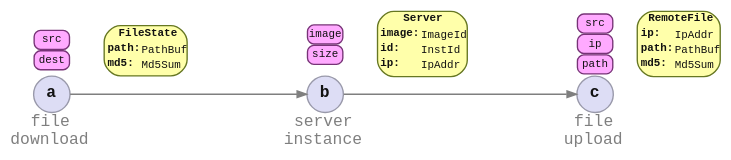
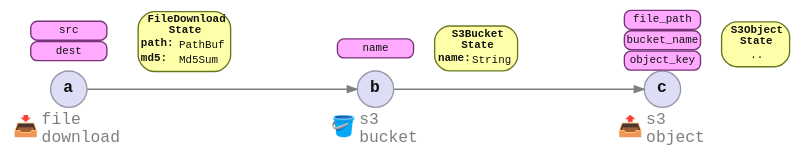
The diagram in doc/src/learning_material/empathetic_code_design/inputs_and_outputs.md (azriel91/peace), drawn with Graphviz before and after one commit. The commit also changed 18 other files, not shown here.

```diff
--- a/doc/src/learning_material/empathetic_code_design/inputs_and_outputs.md
+++ b/doc/src/learning_material/empathetic_code_design/inputs_and_outputs.md
@@ -34,14 +34,17 @@
 
     subgraph cluster_a {
         a [label = <<b>a</b>>]
-        a_text [shape="plain" style="" fontcolor="#7f7f7f" label = <file<br/>download>]
+        a_text [shape="plain" style="" fontcolor="#7f7f7f" label = <<table border="0" cellborder="0" cellpadding="0"><tr>
+            <td><font point-size="15">📥</font></td>
+            <td balign="left">file<br/>download</td>
+        </tr></table>>]
 
         subgraph cluster_a_params {
             a_params_src [
                 label     = "src"
                 margin    = 0.0
                 fontsize  = 8
-                width     = 0.36
+                width     = 0.78
                 height    = 0.19
                 shape     = "rectangle"
                 style     = "filled,rounded"
@@ -53,7 +56,7 @@
                 label     = "dest"
                 margin    = 0.0
                 fontsize  = 8
-                width     = 0.36
+                width     = 0.78
                 height    = 0.19
                 shape     = "rectangle"
                 style     = "filled,rounded"
@@ -75,7 +78,7 @@
                         cellspacing="0"
                         bgcolor="#ffffaa"
                     >
-                    <tr><td colspan="2"><b>FileState</b></td></tr>
+                    <tr><td colspan="2"><b>&nbsp;FileDownload&nbsp;<br/>State</b></td></tr>
                     <tr>
                         <td align="left" balign="left"><b>path:</b></td>
                         <td align="left" balign="left">PathBuf</td>
@@ -96,26 +99,17 @@
 
     subgraph cluster_b {
         b [label = <<b>b</b>>]
-        b_text [shape="plain" style="" fontcolor="#7f7f7f" label = <server<br/>instance>]
+        b_text [shape="plain" style="" fontcolor="#7f7f7f" label = <<table border="0" cellborder="0" cellpadding="0"><tr>
+            <td><font point-size="15">🪣</font></td>
+            <td balign="left">s3<br/>bucket</td>
+        </tr></table>>]
 
         subgraph cluster_b_params {
-            b_params_image [
-                label     = "image"
+            b_params_name [
+                label     = "name"
                 margin    = 0.0
                 fontsize  = 8
-                width     = 0.36
-                height    = 0.19
-                shape     = "rectangle"
-                style     = "filled,rounded"
-                fillcolor = "#ffaaff"
-                color     = "#773377"
-            ]
-
-            b_params_size [
-                label     = "size"
-                margin    = 0.0
-                fontsize  = 8
-                width     = 0.36
+                width     = 0.78
                 height    = 0.19
                 shape     = "rectangle"
                 style     = "filled,rounded"
@@ -137,39 +131,33 @@
                         cellspacing="0"
                         bgcolor="#ffffaa"
                     >
-                    <tr><td colspan="2"><b>Server</b></td></tr>
+                    <tr><td colspan="2"><b>S3Bucket<br/>State</b></td></tr>
                     <tr>
-                        <td align="left" balign="left"><b>image:</b></td>
-                        <td align="left" balign="left">ImageId</td>
-                    </tr>
-                    <tr>
-                        <td align="left" balign="left"><b>id:</b></td>
-                        <td align="left" balign="left">InstId</td>
-                    </tr>
-                    <tr>
-                        <td align="left" balign="left"><b>ip:</b></td>
-                        <td align="left" balign="left">IpAddr</td>
+                        <td align="left" balign="left"><b>name:</b></td>
+                        <td align="left" balign="left">String&nbsp;</td>
                     </tr>
                     <tr><td cellpadding="1"></td></tr>
                 </table>>
             ]
         }
 
-        b_params_image -> b_state [style = invis]
-        b_params_size -> b_state [style = invis]
+        b_params_name -> b_state [style = invis]
         b -> b_state [style = invis]
     }
 
     subgraph cluster_c {
         c [label = <<b>c</b>>]
-        c_text [shape="plain" style="" fontcolor="#7f7f7f" label = <file<br/>upload>]
+        c_text [shape="plain" style="" fontcolor="#7f7f7f" label = <<table border="0" cellborder="0" cellpadding="0"><tr>
+            <td><font point-size="15">📤</font></td>
+            <td balign="left">s3<br/>object</td>
+        </tr></table>>]
 
         subgraph cluster_c_params {
-            c_params_src_path [
-                label     = "src"
+            c_params_file_path [
+                label     = "file_path"
                 margin    = 0.0
                 fontsize  = 8
-                width     = 0.36
+                width     = 0.78
                 height    = 0.19
                 shape     = "rectangle"
                 style     = "filled,rounded"
@@ -177,11 +165,11 @@
                 color     = "#773377"
             ]
 
-            c_params_dest_ip [
-                label     = "ip"
+            c_params_bucket_name [
+                label     = "bucket_name"
                 margin    = 0.0
                 fontsize  = 8
-                width     = 0.36
+                width     = 0.78
                 height    = 0.19
                 shape     = "rectangle"
                 style     = "filled,rounded"
@@ -189,11 +177,11 @@
                 color     = "#773377"
             ]
 
-            c_params_dest_path [
-                label     = "path"
+            c_params_object_key [
+                label     = "object_key"
                 margin    = 0.0
                 fontsize  = 8
-                width     = 0.36
+                width     = 0.78
                 height    = 0.19
                 shape     = "rectangle"
                 style     = "filled,rounded"
@@ -215,27 +203,19 @@
                         cellspacing="0"
                         bgcolor="#ffffaa"
                     >
-                    <tr><td colspan="2"><b>RemoteFile</b></td></tr>
+                    <tr><td colspan="2"><b>&nbsp;S3Object&nbsp;<br/>State</b></td></tr>
                     <tr>
-                        <td align="left" balign="left"><b>ip:</b></td>
-                        <td align="left" balign="left">IpAddr</td>
-                    </tr>
-                    <tr>
-                        <td align="left" balign="left"><b>path:</b></td>
-                        <td align="left" balign="left">PathBuf</td>
-                    </tr>
-                    <tr>
-                        <td align="left" balign="left"><b>md5:</b></td>
-                        <td align="left" balign="left">Md5Sum</td>
+                        <td align="left" balign="left"></td>
+                        <td align="left" balign="left">..</td>
                     </tr>
                     <tr><td cellpadding="1"></td></tr>
                 </table>>
             ]
         }
 
-        c_params_src_path -> c_state [style = invis]
-        c_params_dest_ip -> c_state [style = invis]
-        c_params_dest_path -> c_state [style = invis]
+        c_params_file_path -> c_state [style = invis]
+        c_params_bucket_name -> c_state [style = invis]
+        c_params_object_key -> c_state [style = invis]
         c -> c_state [style = invis]
     }
 
```
